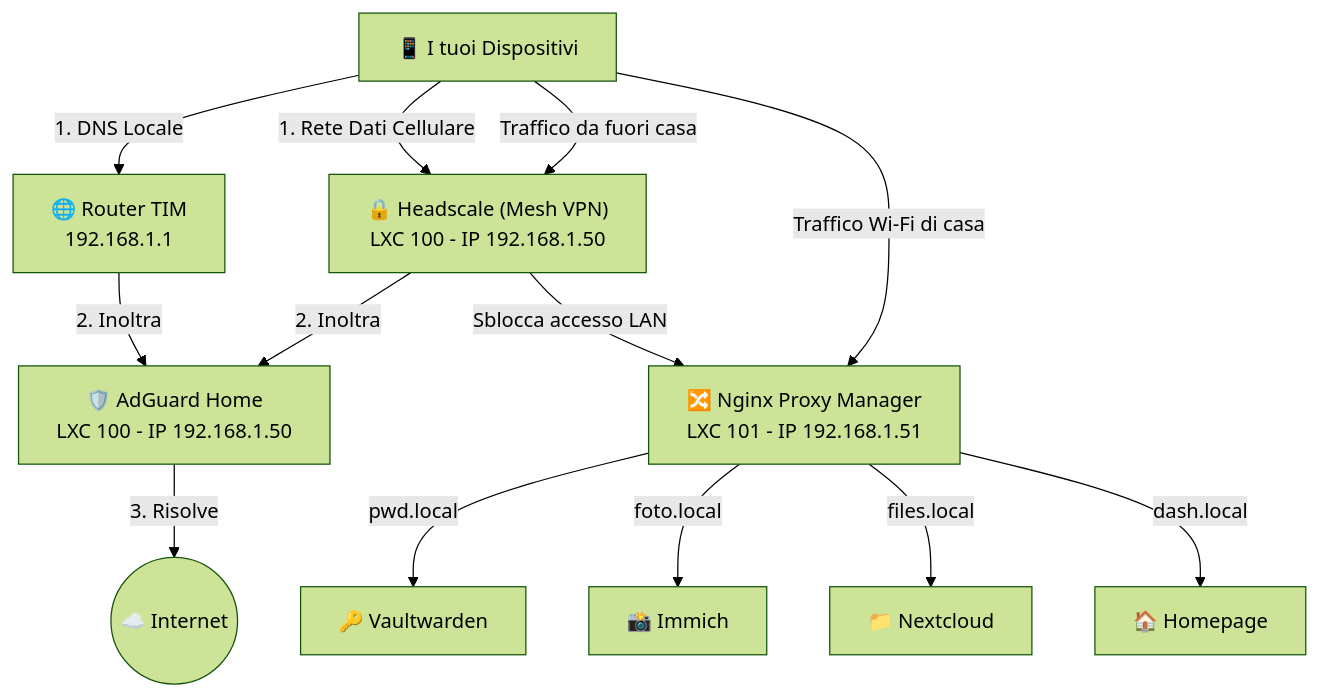
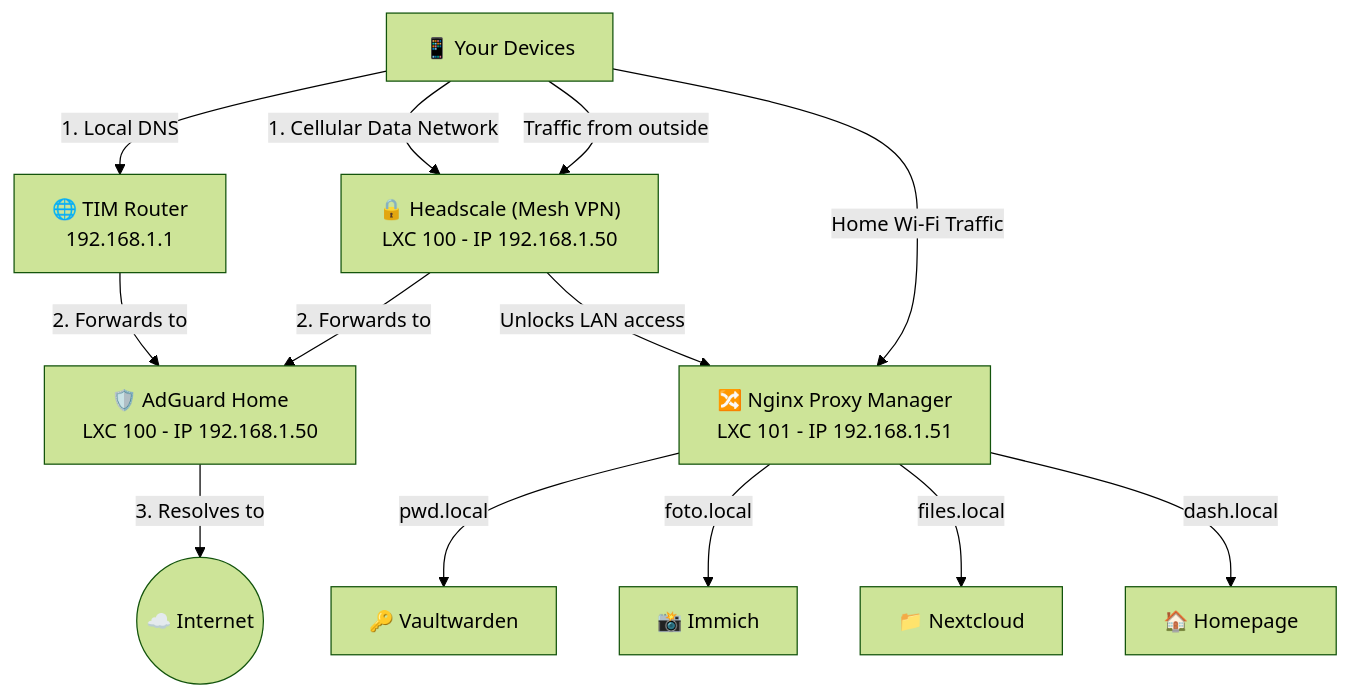
One commit to Mohamed-DN/Sovereign-Homelab changed the diagram in README.md. Above: the diagram before and after it, drawn with Mermaid (forest theme). The commit also changed 5 other files, not shown here.

````diff
--- a/README.md
+++ b/README.md
@@ -37,32 +37,32 @@
 ```mermaid
 graph TD
-    %% Nodi Esterni
-    Utente["📱 I tuoi Dispositivi"]
-    Router["🌐 Router TIM<br>192.168.1.1"]
+    %% External Nodes
+    User["📱 Your Devices"]
+    Router["🌐 TIM Router<br>192.168.1.1"]
     Internet(("☁️ Internet"))
 
     %% LXC 100
     DNS["🛡️ AdGuard Home<br>LXC 100 - IP 192.168.1.50"]
     VPN["🔒 Headscale (Mesh VPN)<br>LXC 100 - IP 192.168.1.50"]
     
     %% LXC 101
     Proxy["🔀 Nginx Proxy Manager<br>LXC 101 - IP 192.168.1.51"]
 
-    %% Flusso DNS
-    Utente -->|1. DNS Locale| Router
-    Utente -->|1. Rete Dati Cellulare| VPN
-    Router -->|2. Inoltra| DNS
-    VPN -->|2. Inoltra| DNS
-    DNS -->|3. Risolve| Internet
+    %% DNS Flow
+    User -->|1. Local DNS| Router
+    User -->|1. Cellular Data Network| VPN
+    Router -->|2. Forwards to| DNS
+    VPN -->|2. Forwards to| DNS
+    DNS -->|3. Resolves to| Internet
 
-    %% Flusso Dati
-    Utente -->|Traffico da fuori casa| VPN
-    VPN -->|Sblocca accesso LAN| Proxy
-    Utente -->|Traffico Wi-Fi di casa| Proxy
+    %% Data Flow
+    User -->|Traffic from outside| VPN
+    VPN -->|Unlocks LAN access| Proxy
+    User -->|Home Wi-Fi Traffic| Proxy
 
-    %% Servizi in LXC 101
+    %% Services in LXC 101
     Proxy -->|pwd.local| V["🔑 Vaultwarden"]
     Proxy -->|foto.local| I["📸 Immich"]
     Proxy -->|files.local| N["📁 Nextcloud"]
     Proxy -->|dash.local| H["🏠 Homepage"]
 ```
````
